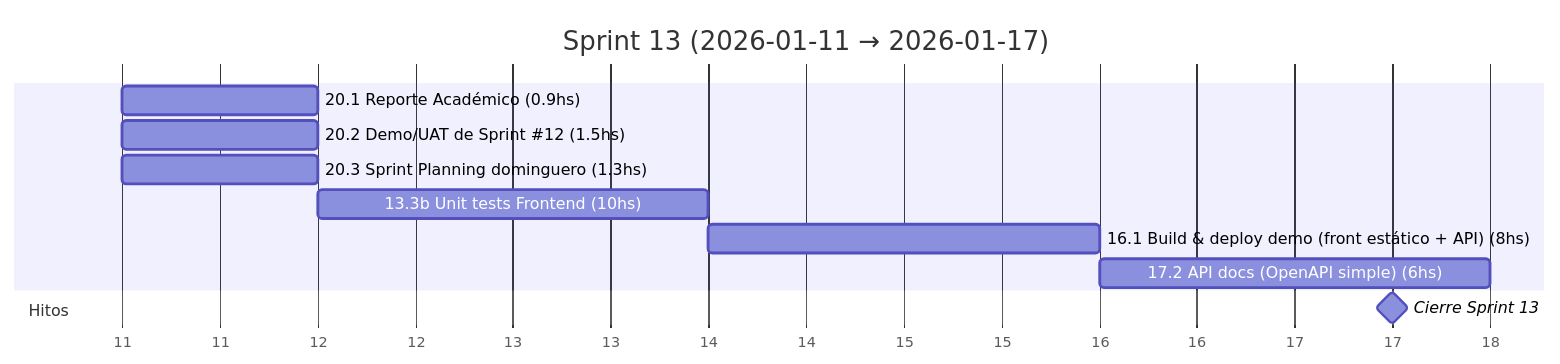
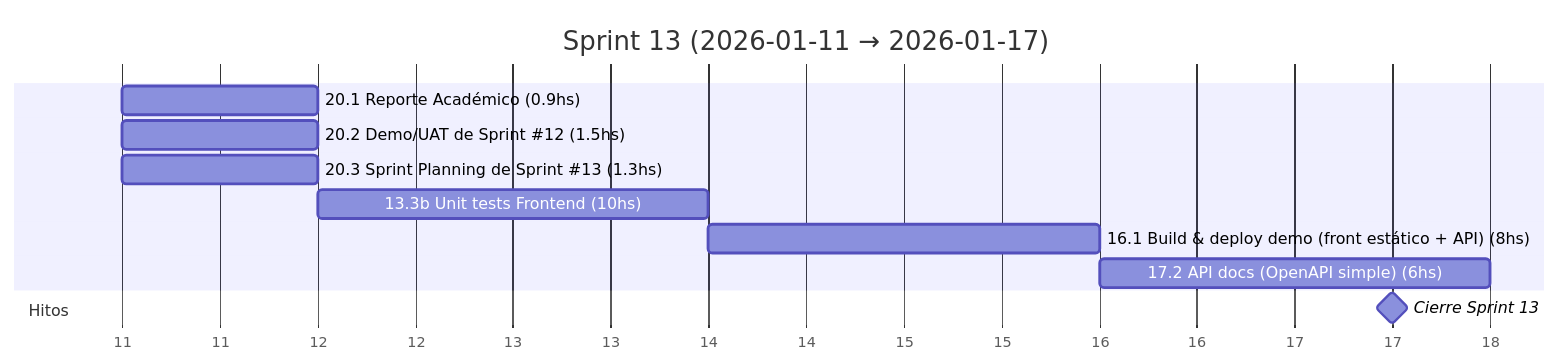
One commit to MarkMed/FleetMan changed diagram 14 of 19 in docs/SprintsGantts.md. Above: the diagram before and after it, drawn with Mermaid. The commit also changed other lines of this file and 2 other files, not shown here.

Commit message:
feat: Update Sprint Planning references to include specific sprint numbers

````diff
--- a/docs/SprintsGantts.md
+++ b/docs/SprintsGantts.md
@@ -412,18 +412,18 @@
 ```mermaid
 gantt
   title Sprint 13 (2026-01-11 → 2026-01-17)
   dateFormat  YYYY-MM-DD
   axisFormat  %d
 
   %% Asumimos 5 h/día. Horas estimadas incluidas en el nombre.
 
   20.1 Reporte Académico (0.9hs)               :t201, 2026-01-11, 1d
   20.2 Demo/UAT de Sprint #12 (1.5hs)          :t202, 2026-01-11, 1d
-  20.3 Sprint Planning dominguero (1.3hs)      :t203, 2026-01-11, 1d
+  20.3 Sprint Planning de Sprint #13 (1.3hs)      :t203, 2026-01-11, 1d
   13.3b Unit tests Frontend (10hs)             :t133b, after t203, 2d
   16.1 Build & deploy demo (front estático + API) (8hs) :t161, after t133b, 2d
   17.2 API docs (OpenAPI simple) (6hs)         :t172, after t161, 2d
 
   section Hitos
   Cierre Sprint 13                             :milestone, s13, 2026-01-17, 1d
 ```
````
